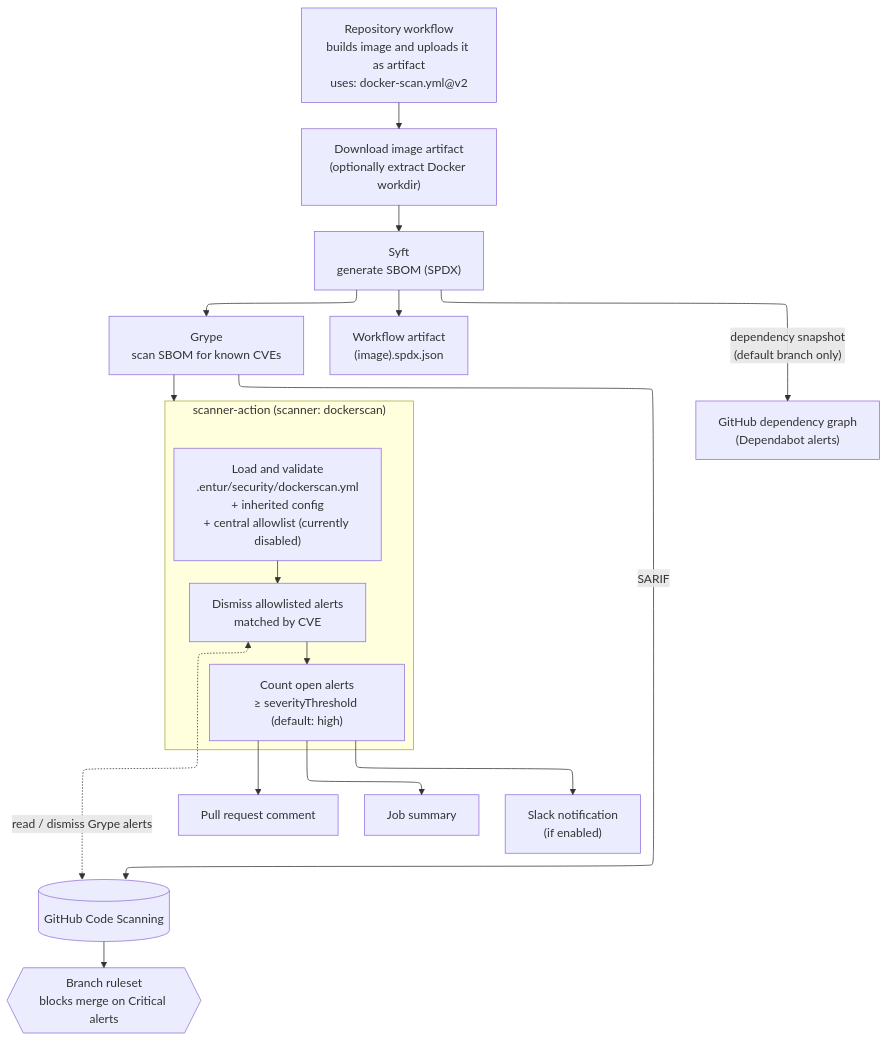
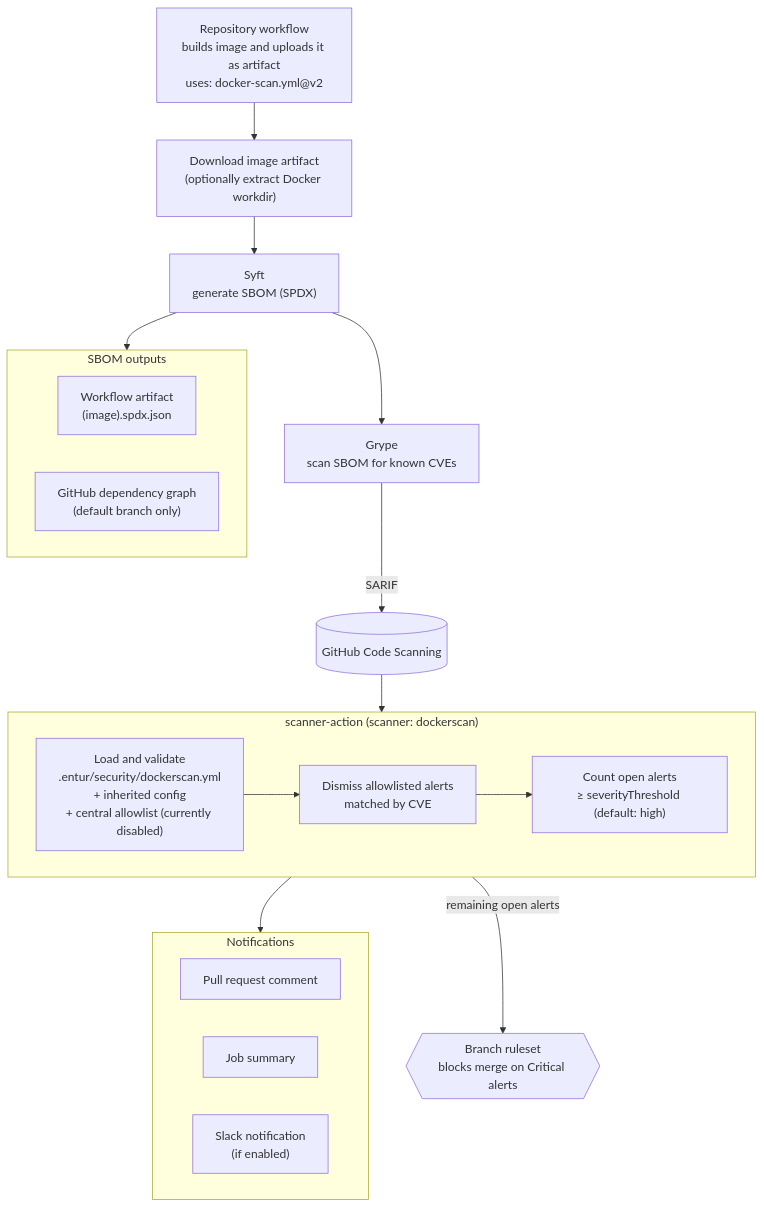
One commit to entur/gha-security changed the second of 2 diagrams in ARCHITECTURE.md. Above: the diagram before and after it, drawn with Mermaid. The commit also changed other lines of this file, not shown here.

Commit message:
docs: update graphs to be readable

````diff
--- a/ARCHITECTURE.md
+++ b/ARCHITECTURE.md
@@ -51,28 +50,30 @@
 ```mermaid
----
-config:
-  layout: elk
----
 flowchart TB
     CALLER["Repository workflow<br/>builds image and uploads it as artifact<br/>uses: docker-scan.yml@v2"] --> DOWNLOAD["Download image artifact<br/>(optionally extract Docker workdir)"]
 
     DOWNLOAD --> SYFT["Syft<br/>generate SBOM (SPDX)"]
     SYFT --> GRYPE["Grype<br/>scan SBOM for known CVEs"]
-    SYFT --> ARTIFACT["Workflow artifact<br/>(image).spdx.json"]
-    SYFT -- "dependency snapshot<br/>(default branch only)" --> DEPGRAPH["GitHub dependency graph<br/>(Dependabot alerts)"]
+    SYFT --> SBOM_OUT
+
+    subgraph SBOM_OUT["SBOM outputs"]
+        ARTIFACT["Workflow artifact<br/>(image).spdx.json"]
+        DEPGRAPH["GitHub dependency graph<br/>(default branch only)"]
+    end
+
     GRYPE -- SARIF --> GHCS[("GitHub Code Scanning")]
-    GRYPE --> SCANNER
+    GHCS --> SCANNER
 
     subgraph SCANNER["scanner-action (scanner: dockerscan)"]
-        direction TB
         LOAD["Load and validate<br/>.entur/security/dockerscan.yml<br/>+ inherited config<br/>+ central allowlist (currently disabled)"] --> ALLOW["Dismiss allowlisted alerts<br/>matched by CVE"]
         ALLOW --> NOTIFY["Count open alerts<br/>≥ severityThreshold (default: high)"]
     end
 
-    ALLOW <-. "read / dismiss Grype alerts" .-> GHCS
-    NOTIFY --> PR["Pull request comment"]
-    NOTIFY --> SUMMARY["Job summary"]
-    NOTIFY --> SLACK["Slack notification<br/>(if enabled)"]
+    SCANNER --> OUTPUTS
+    SCANNER -- remaining open alerts --> RULESET{{"Branch ruleset<br/>blocks merge on Critical alerts"}}
 
-    GHCS --> RULESET{{"Branch ruleset<br/>blocks merge on Critical alerts"}}
+    subgraph OUTPUTS["Notifications"]
+        PR["Pull request comment"]
+        SUMMARY["Job summary"]
+        SLACK["Slack notification<br/>(if enabled)"]
+    end
 ```
````
